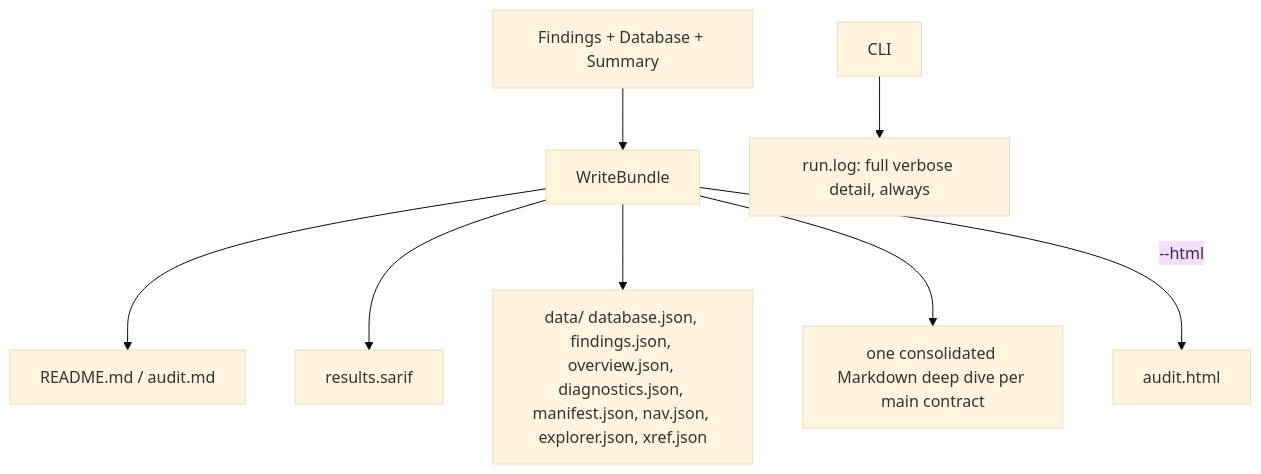
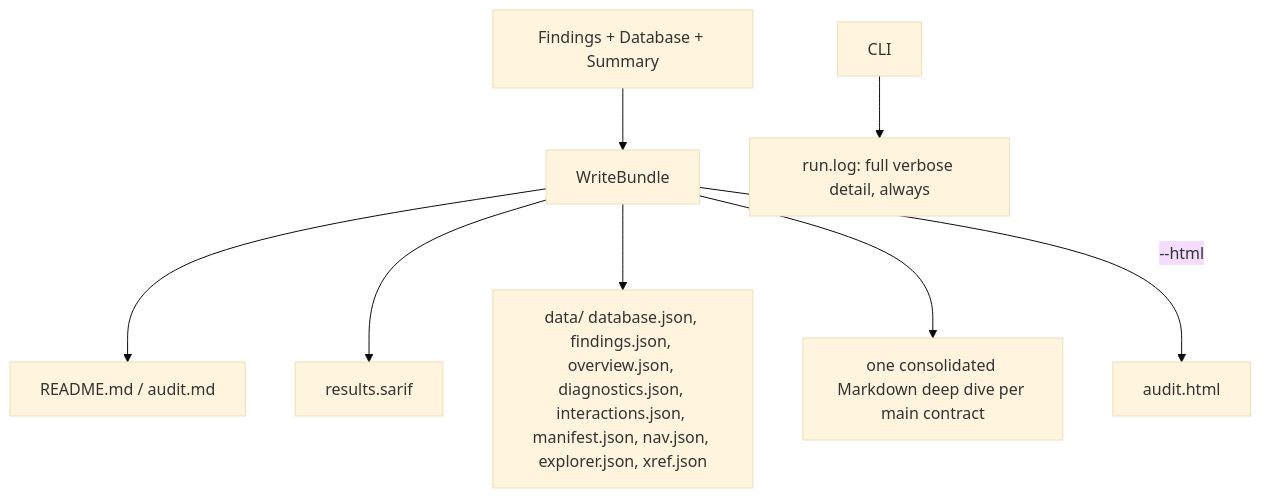
The fourth of 8 diagrams in docs/workflows.md (th13vn/w3goaudit), drawn with Mermaid (base theme) before and after one commit. The commit also changed other lines of this file and 9 other files, not shown here.

````diff
--- a/docs/workflows.md
+++ b/docs/workflows.md
@@ -263,10 +263,10 @@
 ```mermaid
 graph TD
     A[Findings + Database + Summary] --> B[WriteBundle]
     B --> C[README.md / audit.md]
     B --> D[results.sarif]
-    B --> E[data/ database.json, findings.json, overview.json, diagnostics.json, manifest.json, nav.json, explorer.json, xref.json]
+    B --> E[data/ database.json, findings.json, overview.json, diagnostics.json, interactions.json, manifest.json, nav.json, explorer.json, xref.json]
     B --> F[one consolidated Markdown deep dive per main contract]
     B -->|--html| G[audit.html]
     H[CLI] --> I[run.log: full verbose detail, always]
 ```
````
